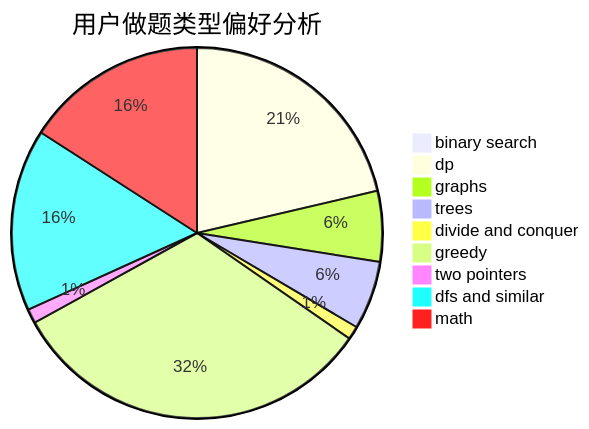
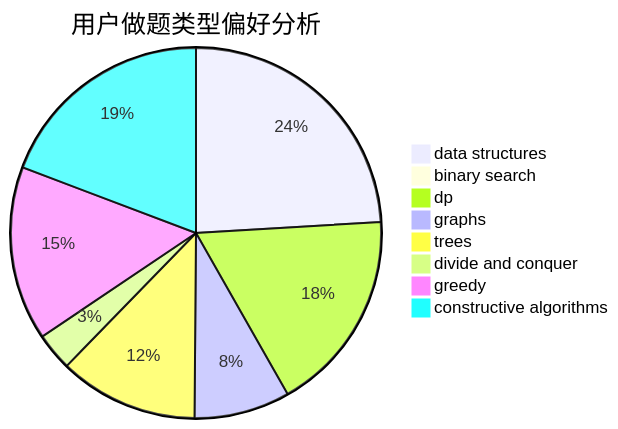
Before and after one commit to sherpahu/cfrs.github.io: the second of 3 diagrams in docs/user/u407.md, drawn with Mermaid. The commit also changed other lines of this file and 2775 other files, not shown here.

````diff
--- a/docs/user/u407.md
+++ b/docs/user/u407.md
@@ -23,12 +23,11 @@
 ```mermaid
 pie title 用户做题类型偏好分析
-    "binary search" :  8
-    "dp" :  239
-    "graphs" :  69
-    "trees" :  67
+    "data structures" :  95
+    "binary search" :  1
+    "dp" :  70
+    "graphs" :  33
+    "trees" :  48
     "divide and conquer" :  13
-    "greedy" :  362
-    "two pointers" :  14
-    "dfs and similar" :  178
-    "math" :  178
+    "greedy" :  60
+    "constructive algorithms" :  76
 ```
````
